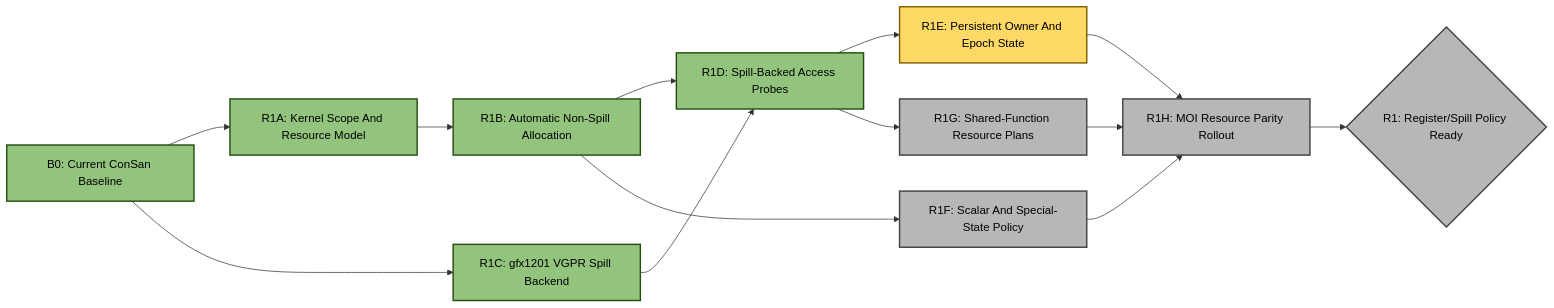
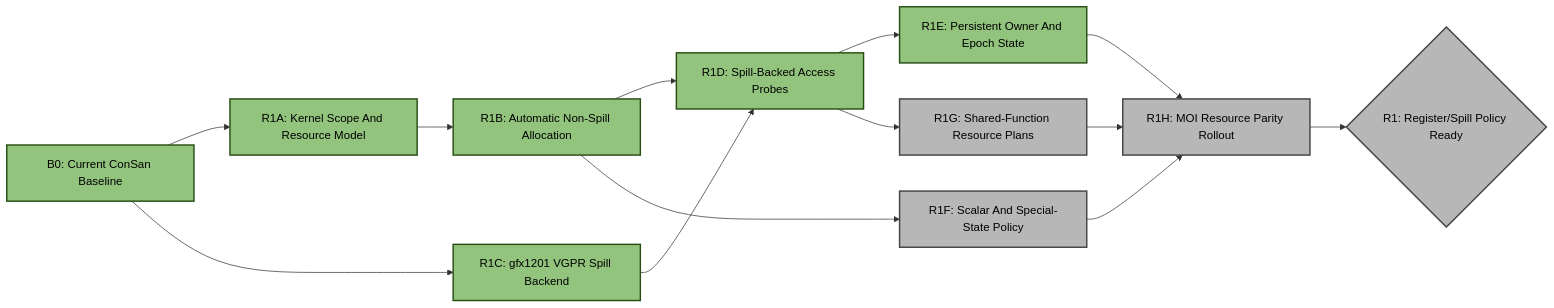
The first of 4 diagrams in emulation/rocjitsu/docs/consan/PLAN.md (ROCm/rocm-systems), drawn with Mermaid before and after one commit. The commit also changed other lines of this file and 7 other files, not shown here.

````diff
--- a/emulation/rocjitsu/docs/consan/PLAN.md
+++ b/emulation/rocjitsu/docs/consan/PLAN.md
@@ -85,30 +85,30 @@
 ```mermaid
 flowchart LR
   B0["B0: Current ConSan Baseline"]:::done
   R1A["R1A: Kernel Scope And Resource Model"]:::done
   R1B["R1B: Automatic Non-Spill Allocation"]:::done
   R1C["R1C: gfx1201 VGPR Spill Backend"]:::done
   R1D["R1D: Spill-Backed Access Probes"]:::done
-  R1E["R1E: Persistent Owner And Epoch State"]:::active
+  R1E["R1E: Persistent Owner And Epoch State"]:::done
   R1F["R1F: Scalar And Special-State Policy"]:::todo
   R1G["R1G: Shared-Function Resource Plans"]:::todo
   R1H["R1H: MOI Resource Parity Rollout"]:::todo
   R1{"R1: Register/Spill Policy Ready"}:::todo
 
   B0 --> R1A
   B0 --> R1C
   R1A --> R1B
   R1B --> R1D
   R1C --> R1D
   R1B --> R1F
   R1D --> R1E
   R1D --> R1G
   R1E --> R1H
   R1F --> R1H
   R1G --> R1H
   R1H --> R1
 
   classDef done fill:#93c47d,stroke:#274e13,stroke-width:2px,color:#000;
   classDef active fill:#ffd966,stroke:#7f6000,stroke-width:2px,color:#000;
   classDef todo fill:#b7b7b7,stroke:#434343,stroke-width:2px,color:#000;
 ```
````
